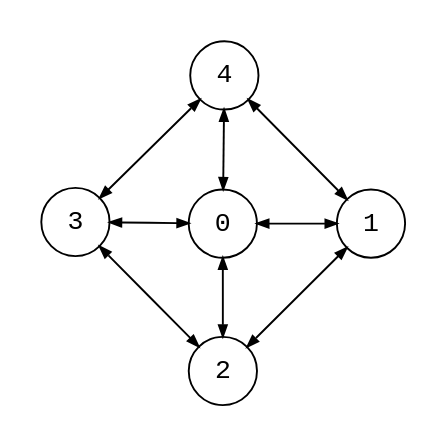
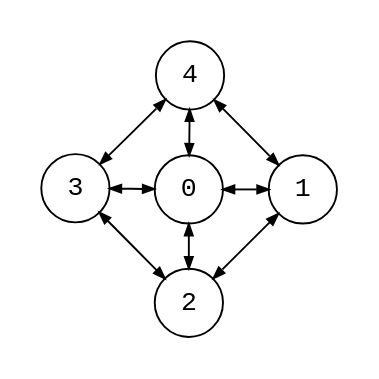
Before and after one commit to bsdrks/graaf-images: the diagram in src/wheel_5-0.87.5.dot, drawn with Graphviz. The commit also changed 50 other files, not shown here.

```diff
--- a/src/wheel_5-0.87.5.dot
+++ b/src/wheel_5-0.87.5.dot
@@ -1,18 +1,18 @@
 digraph {
-    node [shape=circle, fontname="monospace"; fixedsize=true, width="0.5"];
+    node [shape=circle; fontname="monospace"; fixedsize=true; width="0.5"];
     edge [arrowsize=0.6];
     layout=neato;
-    scale=1.3;
     mode="sgd";
+    maxiter=10000;
     normalize=true;
     pad=0.2;
 
     0 -> 1 [dir="both"];
     0 -> 2 [dir="both"];
     0 -> 3 [dir="both"];
     0 -> 4 [dir="both"];
     4 -> 1 [dir="both"];
     1 -> 2 [dir="both"];
     2 -> 3 [dir="both"];
     3 -> 4 [dir="both"];
 }
```
